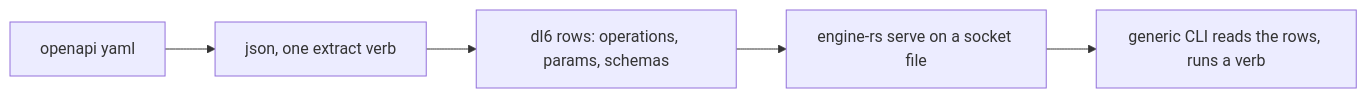
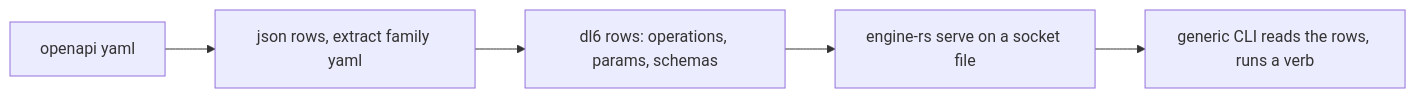
Before and after one commit to hafley66/sprefa: the first of 5 diagrams in plans/2026-08-17-openapi-clap-uds.PLAN.visual.human.unga.md, drawn with Mermaid. The commit also changed other lines of this file and 1 other file, not shown here.

Commit message:
plan: yaml is an extract family through the hosted extract template, never a shell escape

````diff
--- a/plans/2026-08-17-openapi-clap-uds.PLAN.visual.human.unga.md
+++ b/plans/2026-08-17-openapi-clap-uds.PLAN.visual.human.unga.md
@@ -14,7 +14,7 @@
 ```mermaid
 flowchart LR
-  Y[openapi yaml] --> J[json, one extract verb]
+  Y[openapi yaml] --> J[json rows, extract family yaml]
   J --> R[dl6 rows: operations, params, schemas]
   R --> S[engine-rs serve on a socket file]
   S --> C[generic CLI reads the rows, runs a verb]
 ```
````
